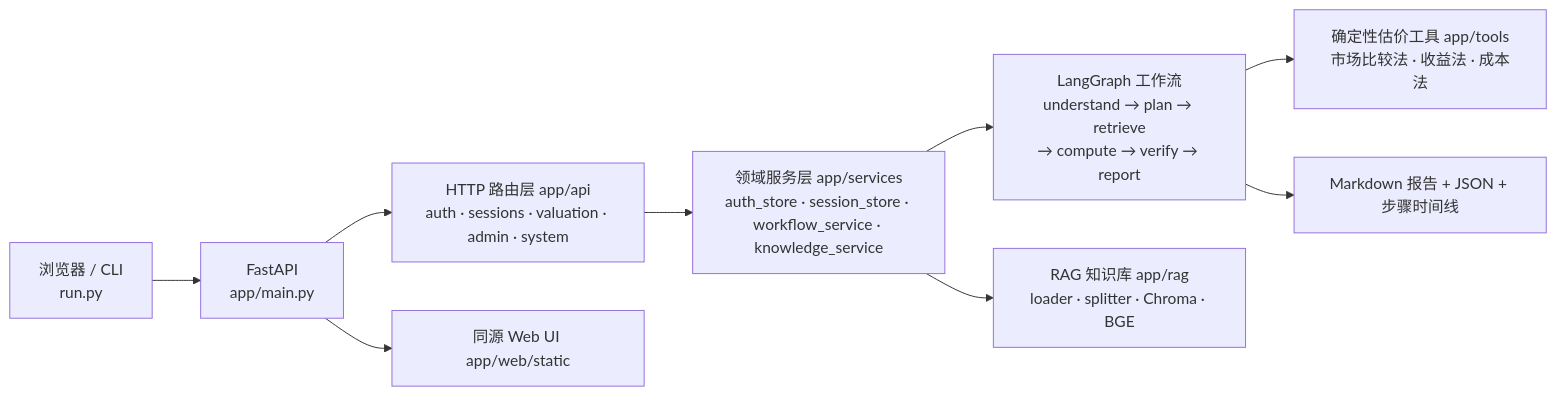
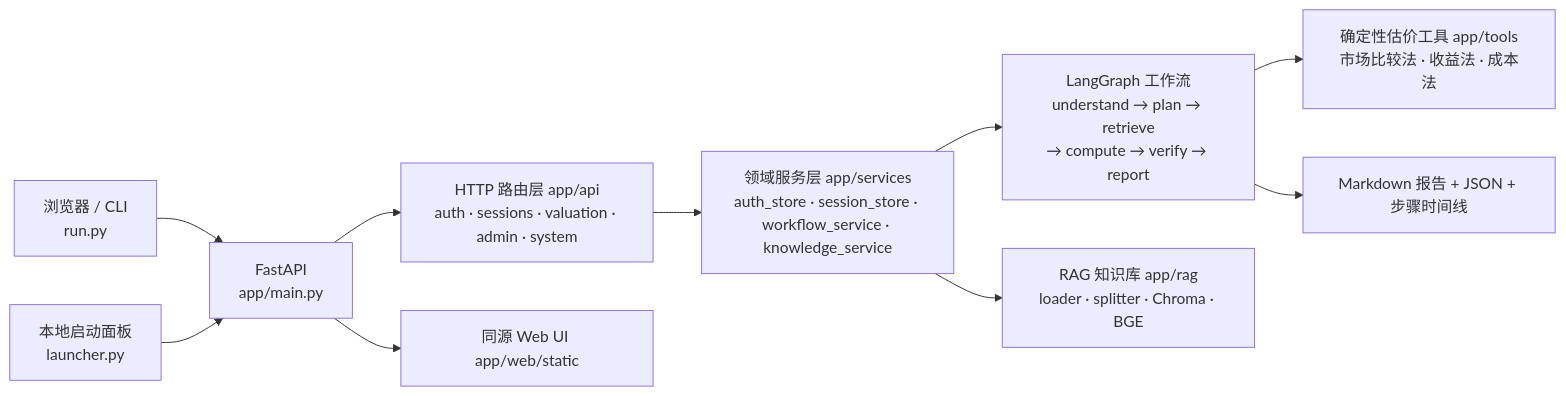
The diagram in README.md (moliu64/realestate-eval-agent), drawn with Mermaid before and after one commit. The commit also changed other lines of this file and 21 other files, not shown here.

````diff
--- a/README.md
+++ b/README.md
@@ -45,11 +45,12 @@
 ```mermaid
 flowchart LR
     U["浏览器 / CLI<br/>run.py"] --> A["FastAPI<br/>app/main.py"]
+    P["本地启动面板<br/>launcher.py"] --> A
     A --> R["HTTP 路由层 app/api<br/>auth · sessions · valuation · admin · system"]
     R --> S["领域服务层 app/services<br/>auth_store · session_store · workflow_service · knowledge_service"]
     S --> W["LangGraph 工作流<br/>understand → plan → retrieve<br/>→ compute → verify → report"]
     S --> K["RAG 知识库 app/rag<br/>loader · splitter · Chroma · BGE"]
     W --> T["确定性估价工具 app/tools<br/>市场比较法 · 收益法 · 成本法"]
     W --> O["Markdown 报告 + JSON + 步骤时间线"]
     A --> UI["同源 Web UI app/web/static"]
 ```
````
